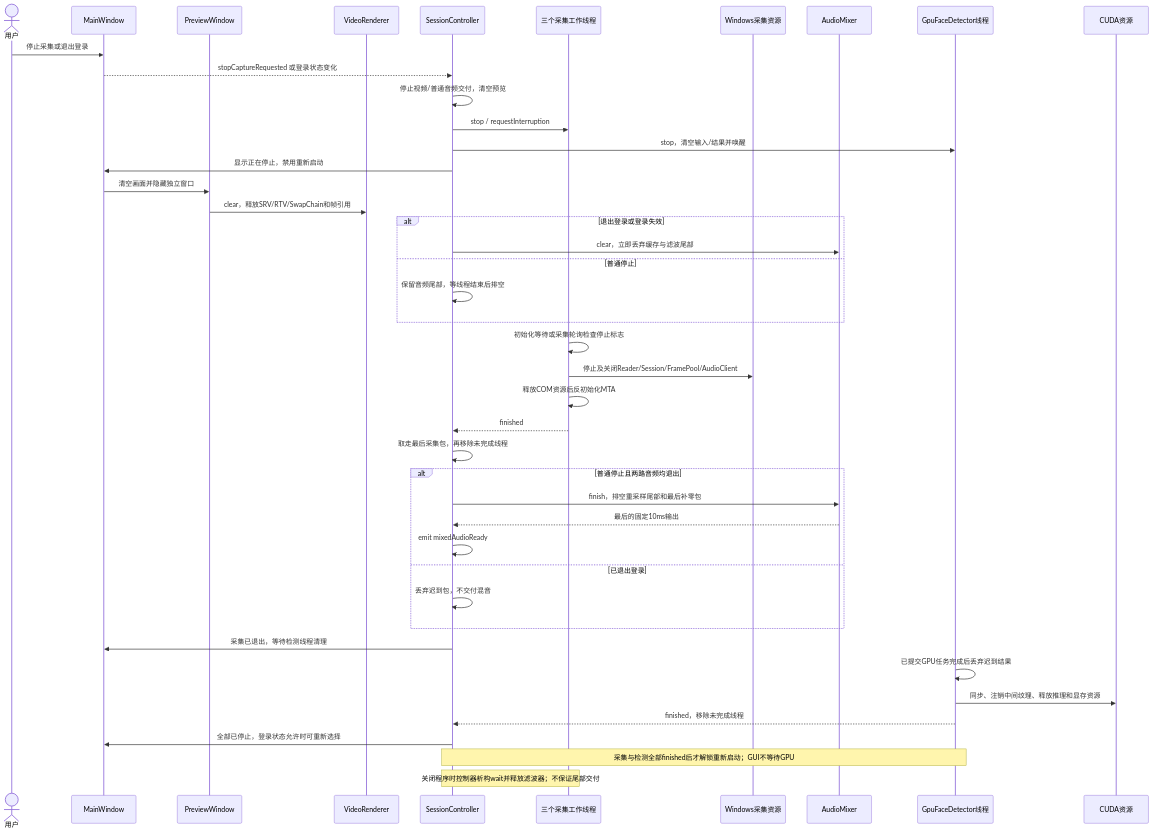
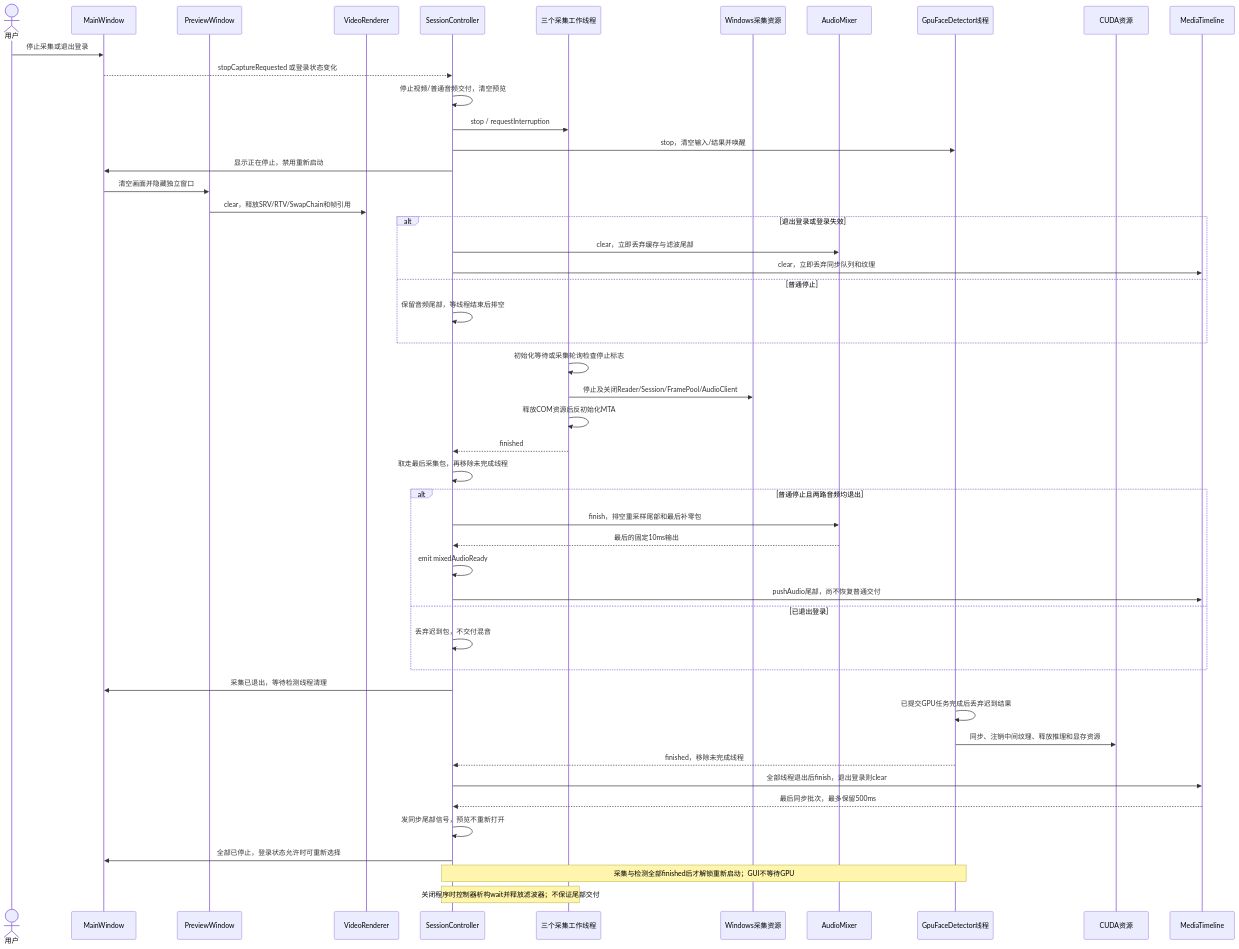
The diagram in docs/uml/capture-stop.mmd (kingsman-svg/OBS), drawn with Mermaid before and after one commit. The commit also changed 35 other files, not shown here.

```diff
--- a/docs/uml/capture-stop.mmd
+++ b/docs/uml/capture-stop.mmd
@@ -1,43 +1,49 @@
 sequenceDiagram
 actor U as 用户
 participant V as MainWindow
 participant P as PreviewWindow
 participant R as VideoRenderer
 participant C as SessionController
 participant W as 三个采集工作线程
 participant S as Windows采集资源
 participant M as AudioMixer
 participant F as GpuFaceDetector线程
 participant G as CUDA资源
+participant T as MediaTimeline
 U->>V: 停止采集或退出登录
 V-->>C: stopCaptureRequested 或登录状态变化
 C->>C: 停止视频/普通音频交付，清空预览
 C->>W: stop / requestInterruption
 C->>F: stop，清空输入/结果并唤醒
 C->>V: 显示正在停止，禁用重新启动
 V->>P: 清空画面并隐藏独立窗口
 P->>R: clear，释放SRV/RTV/SwapChain和帧引用
 alt 退出登录或登录失效
 C->>M: clear，立即丢弃缓存与滤波尾部
+C->>T: clear，立即丢弃同步队列和纹理
 else 普通停止
 C->>C: 保留音频尾部，等线程结束后排空
 end
 W->>W: 初始化等待或采集轮询检查停止标志
 W->>S: 停止及关闭Reader/Session/FramePool/AudioClient
 W->>W: 释放COM资源后反初始化MTA
 W-->>C: finished
 C->>C: 取走最后采集包，再移除未完成线程
 alt 普通停止且两路音频均退出
 C->>M: finish，排空重采样尾部和最后补零包
 M-->>C: 最后的固定10ms输出
 C->>C: emit mixedAudioReady
+C->>T: pushAudio尾部，尚不恢复普通交付
 else 已退出登录
 C->>C: 丢弃迟到包，不交付混音
 end
 C->>V: 采集已退出，等待检测线程清理
 F->>F: 已提交GPU任务完成后丢弃迟到结果
 F->>G: 同步、注销中间纹理、释放推理和显存资源
 F-->>C: finished，移除未完成线程
+C->>T: 全部线程退出后finish，退出登录则clear
+T-->>C: 最后同步批次，最多保留500ms
+C->>C: 发同步尾部信号，预览不重新打开
 C->>V: 全部已停止，登录状态允许时可重新选择
 Note over C,F: 采集与检测全部finished后才解锁重新启动；GUI不等待GPU
 Note over C,W: 关闭程序时控制器析构wait并释放滤波器；不保证尾部交付
```
